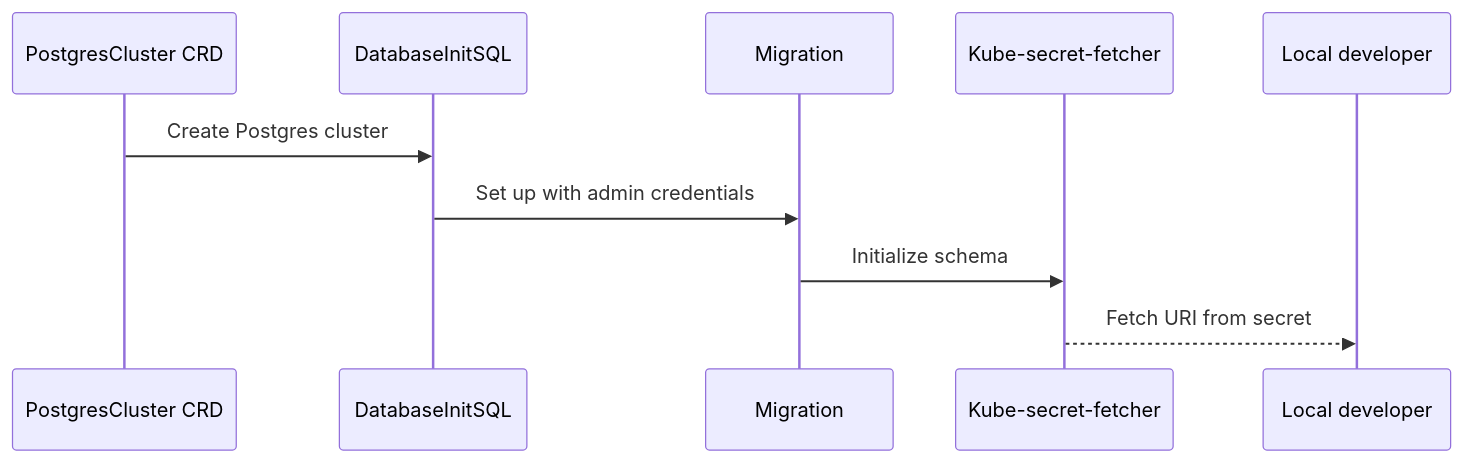
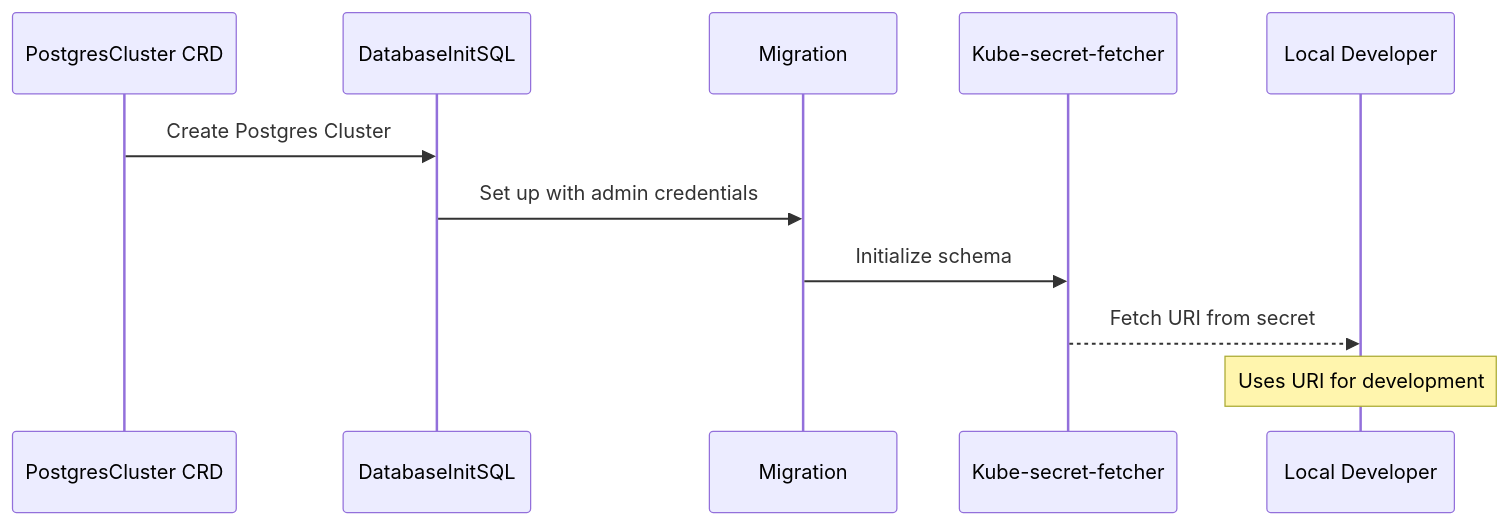
One commit to shortlink-org/architecture changed the diagram in adrs/adr-platform-0026-database-per-service/index.mdx. Above: the diagram before and after it, drawn with Mermaid. The commit also changed other lines of this file and 89 other files, not shown here.

````diff
--- a/adrs/adr-platform-0026-database-per-service/index.mdx
+++ b/adrs/adr-platform-0026-database-per-service/index.mdx
@@ -39,12 +40,13 @@
 ```mermaid
 sequenceDiagram
     participant A as PostgresCluster CRD
     participant B as DatabaseInitSQL
     participant C as Migration
     participant D as Kube-secret-fetcher
-    participant E as Local developer
-    A->>B: Create Postgres cluster
+    participant E as Local Developer
+    A->>B: Create Postgres Cluster
     B->>C: Set up with admin credentials
     C->>D: Initialize schema
     D-->>E: Fetch URI from secret
+    Note over E: Uses URI for development
 ```
````
